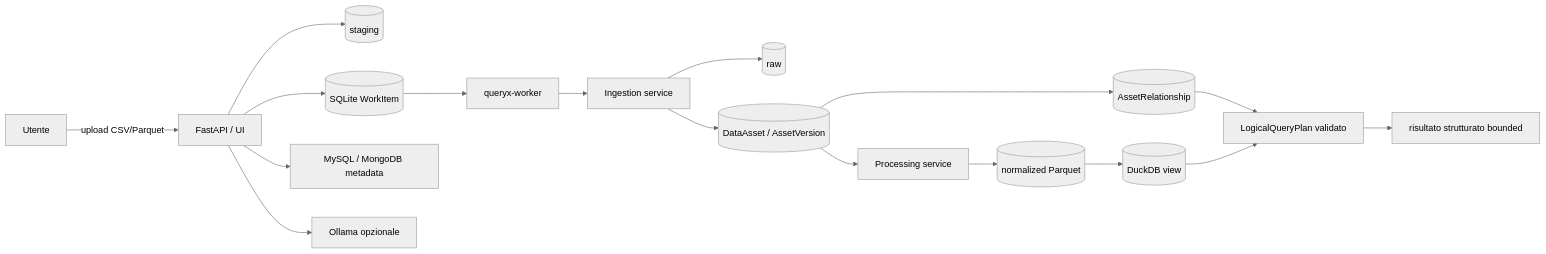
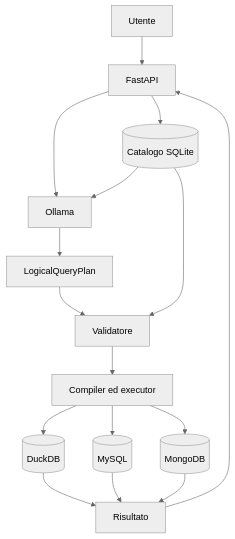
The diagram in README.md (pyxidious/queryX), drawn with Mermaid (neutral theme) before and after one commit. The commit also changed other lines of this file and 6 other files, not shown here.

Commit message:
Updated QueryX documentation for benchmarks, APIs, architecture, configuration, ingestion, and tests. Added new documentation files, simplified execution commands, and improved the clarity and structure of the information to make the system easier to use and understand.

````diff
--- a/README.md
+++ b/README.md
@@ -25,19 +16,18 @@
 ```mermaid
-flowchart LR
-    User[Utente] -->|upload CSV/Parquet| API[FastAPI / UI]
-    API --> Stage[(staging)]
-    API --> Queue[(SQLite WorkItem)]
-    Queue --> Worker[queryx-worker]
-    Worker --> Ingestion[Ingestion service]
-    Ingestion --> Raw[(raw)]
-    Ingestion --> Catalog[(DataAsset / AssetVersion)]
-    Catalog --> Processing[Processing service]
-    Processing --> Parquet[(normalized Parquet)]
-    Parquet --> DuckDB[(DuckDB view)]
-    Catalog --> Relationships[(AssetRelationship)]
-    Relationships --> Plan[LogicalQueryPlan validato]
-    DuckDB --> Plan
-    Plan --> Result[risultato strutturato bounded]
-    API --> Sources[MySQL / MongoDB metadata]
-    API --> Ollama[Ollama opzionale]
+flowchart TD
+    U[Utente] --> A[FastAPI]
+    A --> O[Ollama]
+    A --> C[(Catalogo SQLite)]
+    C --> O
+    O --> P[LogicalQueryPlan]
+    P --> V[Validatore]
+    C --> V
+    V --> E[Compiler ed executor]
+    E --> D[(DuckDB)]
+    E --> M[(MySQL)]
+    E --> N[(MongoDB)]
+    D --> R[Risultato]
+    M --> R
+    N --> R
+    R --> A
 ```
````
